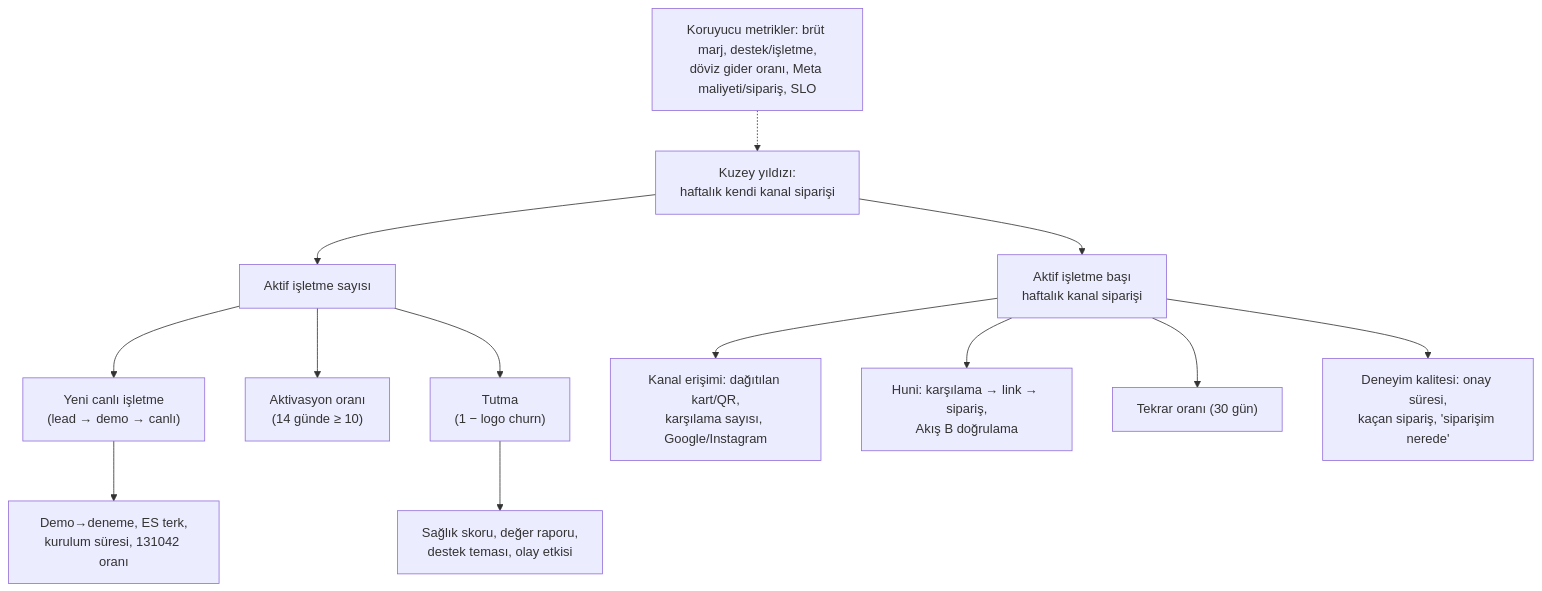
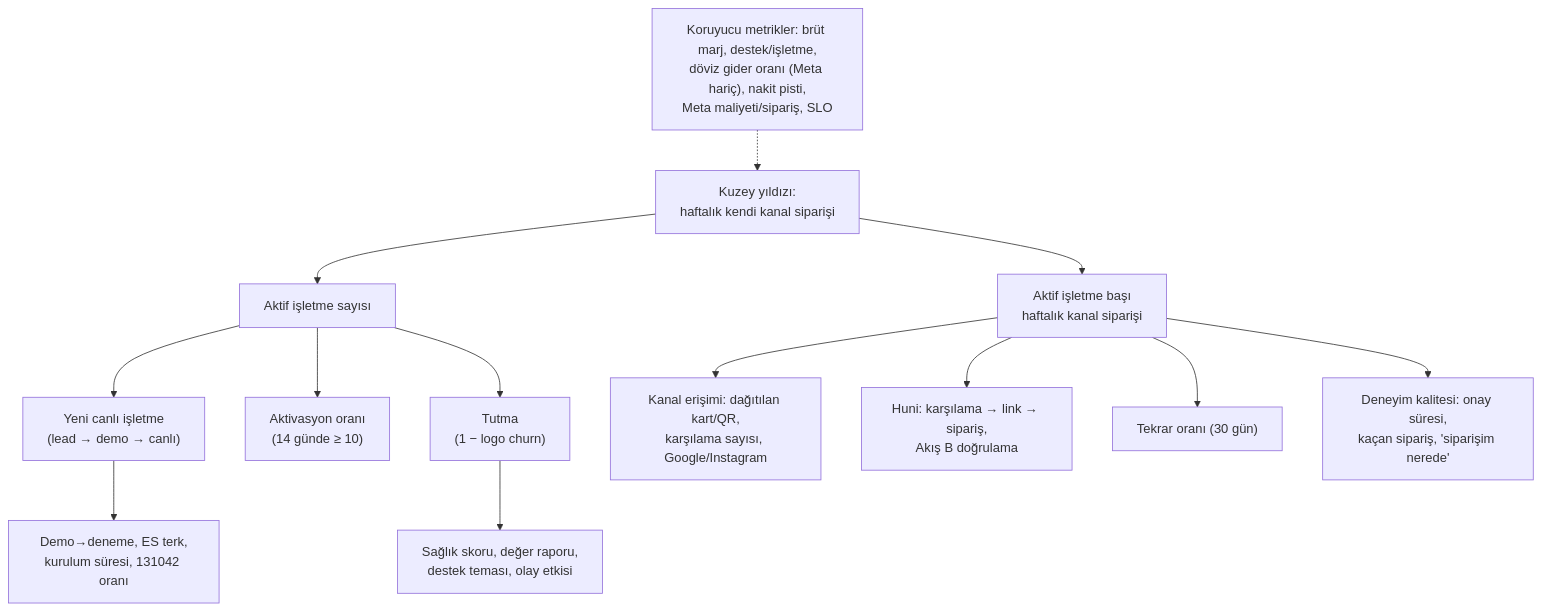
One commit to eraycaylak/siparisinonunde changed the third of 3 diagrams in docs/10-riskler-operasyon-ve-metrikler.md. Above: the diagram before and after it, drawn with Mermaid. The commit also changed other lines of this file and 12 other files, not shown here.

````diff
--- a/docs/10-riskler-operasyon-ve-metrikler.md
+++ b/docs/10-riskler-operasyon-ve-metrikler.md
@@ -839,16 +840,16 @@
 ```mermaid
 flowchart TD
   NSM["Kuzey yıldızı:<br/>haftalık kendi kanal siparişi"]
   NSM --> A["Aktif işletme sayısı"]
   NSM --> B["Aktif işletme başı<br/>haftalık kanal siparişi"]
   A --> A1["Yeni canlı işletme<br/>(lead → demo → canlı)"]
   A --> A2["Aktivasyon oranı<br/>(14 günde ≥ 10)"]
   A --> A3["Tutma<br/>(1 − logo churn)"]
   A1 --> A11["Demo→deneme, ES terk,<br/>kurulum süresi, 131042 oranı"]
   A3 --> A31["Sağlık skoru, değer raporu,<br/>destek teması, olay etkisi"]
   B --> B1["Kanal erişimi: dağıtılan kart/QR,<br/>karşılama sayısı, Google/Instagram"]
   B --> B2["Huni: karşılama → link → sipariş,<br/>Akış B doğrulama"]
   B --> B3["Tekrar oranı (30 gün)"]
   B --> B4["Deneyim kalitesi: onay süresi,<br/>kaçan sipariş, 'siparişim nerede'"]
-  G["Koruyucu metrikler: brüt marj, destek/işletme,<br/>döviz gider oranı, Meta maliyeti/sipariş, SLO"] -.-> NSM
+  G["Koruyucu metrikler: brüt marj, destek/işletme,<br/>döviz gider oranı (Meta hariç), nakit pisti,<br/>Meta maliyeti/sipariş, SLO"] -.-> NSM
 ```
````
